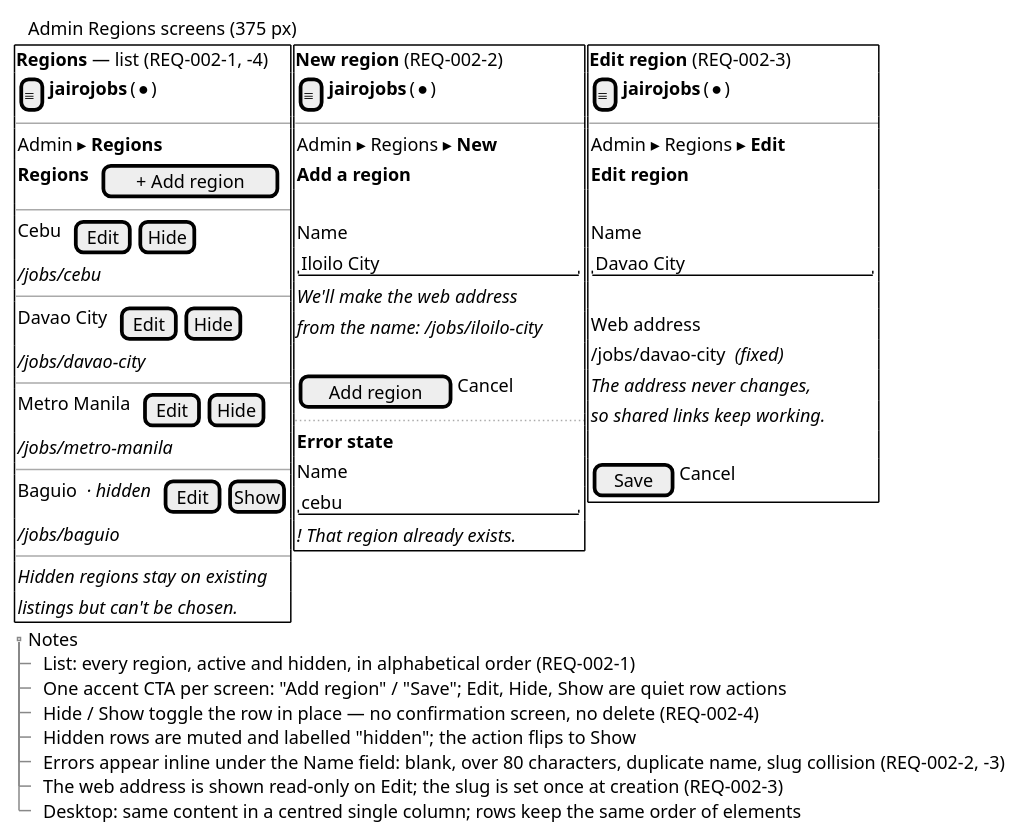
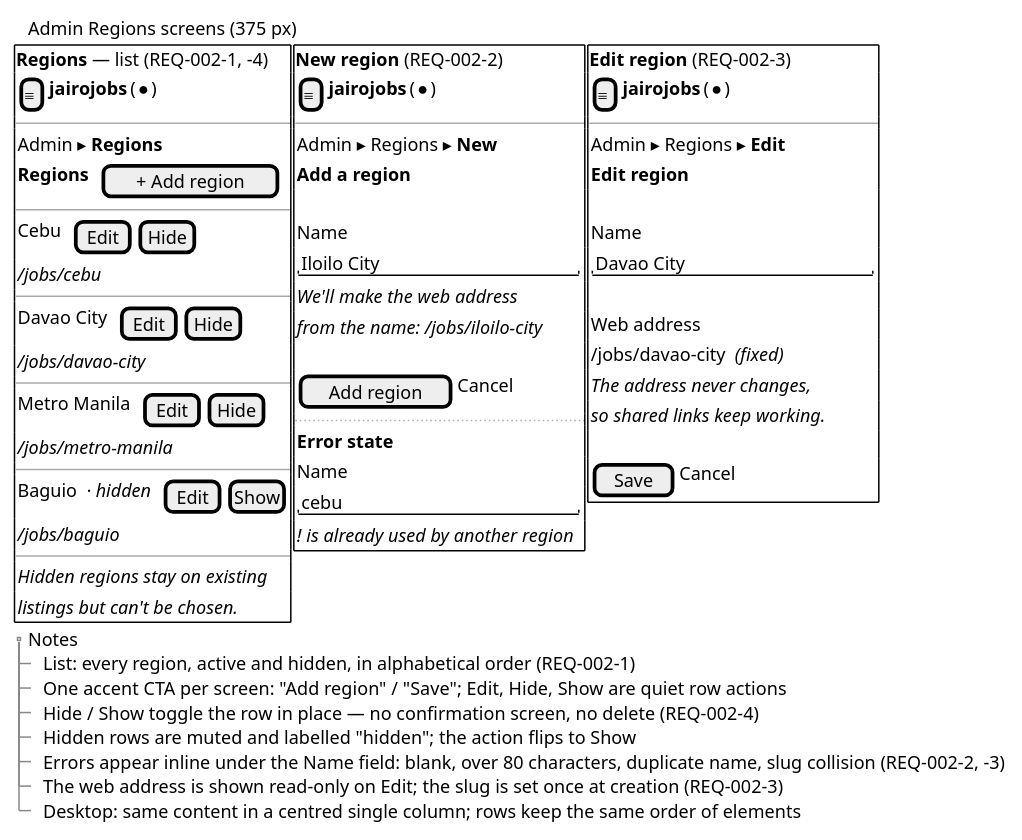
One commit to raseniero/jairojobs-elixir changed the diagram in docs/specs/002-regions/diagrams/wireframe-regions-admin.puml. Above: the diagram before and after it, drawn with PlantUML. The commit also changed 14 other files, not shown here.

Commit message:
docs: bring spec 001-003 diagrams in line with the app

```diff
--- a/docs/specs/002-regions/diagrams/wireframe-regions-admin.puml
+++ b/docs/specs/002-regions/diagrams/wireframe-regions-admin.puml
@@ -1,78 +1,78 @@
 @startsalt wireframe-regions-admin
 ' Spec 002 — admin Regions screens at phone width (REQ-002-1..4).
 ' The list, plus the New and Edit forms it leads to.
 ' Wireframe only — not a visual design.
 
 {
   {T
     + Admin Regions screens (375 px)
   }
   {
     {+ <b>Regions</b> — list (REQ-002-1, -4)
       { [≡] | <b>jairojobs</b> | (●) }
       --
       { Admin ▸ <b>Regions</b> }
       { <b>Regions</b> | . | [ + Add region ] }
       --
       { Cebu | . | [Edit] | [Hide] }
       { <i>/jobs/cebu</i> }
       --
       { Davao City | . | [Edit] | [Hide] }
       { <i>/jobs/davao-city</i> }
       --
       { Metro Manila | . | [Edit] | [Hide] }
       { <i>/jobs/metro-manila</i> }
       --
       { Baguio  <i>· hidden</i> | . | [Edit] | [Show] }
       { <i>/jobs/baguio</i> }
       --
       { <i>Hidden regions stay on existing</i> }
       { <i>listings but can't be chosen.</i> }
     } |
     {+ <b>New region</b> (REQ-002-2)
       { [≡] | <b>jairojobs</b> | (●) }
       --
       { Admin ▸ Regions ▸ <b>New</b> }
       { <b>Add a region</b> }
       .
       { Name }
       { "Iloilo City            " }
       { <i>We'll make the web address</i> }
       { <i>from the name: /jobs/iloilo-city</i> }
       .
       { [ Add region ] | Cancel }
       ..
       { <b>Error state</b> }
       { Name }
       { "cebu                   " }
-      { <i>! That region already exists.</i> }
+      { <i>! is already used by another region</i> }
     } |
     {+ <b>Edit region</b> (REQ-002-3)
       { [≡] | <b>jairojobs</b> | (●) }
       --
       { Admin ▸ Regions ▸ <b>Edit</b> }
       { <b>Edit region</b> }
       .
       { Name }
       { "Davao City             " }
       .
       { Web address }
       { /jobs/davao-city  <i>(fixed)</i> }
       { <i>The address never changes,</i> }
       { <i>so shared links keep working.</i> }
       .
       { [ Save ] | Cancel }
     }
   }
   {T
     + Notes
     ++ List: every region, active and hidden, in alphabetical order (REQ-002-1)
     ++ One accent CTA per screen: "Add region" / "Save"; Edit, Hide, Show are quiet row actions
     ++ Hide / Show toggle the row in place — no confirmation screen, no delete (REQ-002-4)
     ++ Hidden rows are muted and labelled "hidden"; the action flips to Show
     ++ Errors appear inline under the Name field: blank, over 80 characters, duplicate name, slug collision (REQ-002-2, -3)
     ++ The web address is shown read-only on Edit; the slug is set once at creation (REQ-002-3)
     ++ Desktop: same content in a centred single column; rows keep the same order of elements
   }
 }
 @endsalt
```
